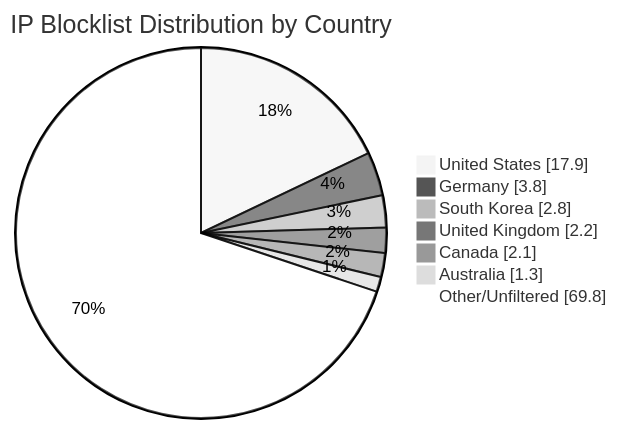
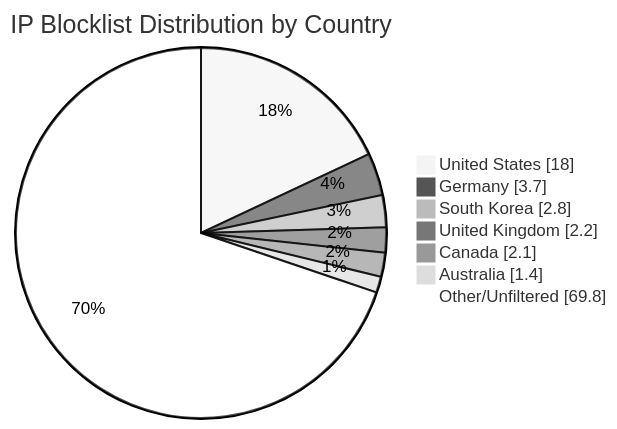
The diagram in README.md (MarcusHoltz/ipblocklist-geofiltered-aggregator), drawn with Mermaid (neutral theme) before and after one commit. The commit also changed other lines of this file and 9 other files, not shown here.

````diff
--- a/README.md
+++ b/README.md
@@ -34,10 +34,10 @@
 ```mermaid
 pie showData title IP Blocklist Distribution by Country
-"United States" : 17.9
-"Germany" : 3.8
+"United States" : 18.0
+"Germany" : 3.7
 "South Korea" : 2.8
 "United Kingdom" : 2.2
 "Canada" : 2.1
-"Australia" : 1.3
+"Australia" : 1.4
 "Other/Unfiltered" : 69.8
 ```
````
